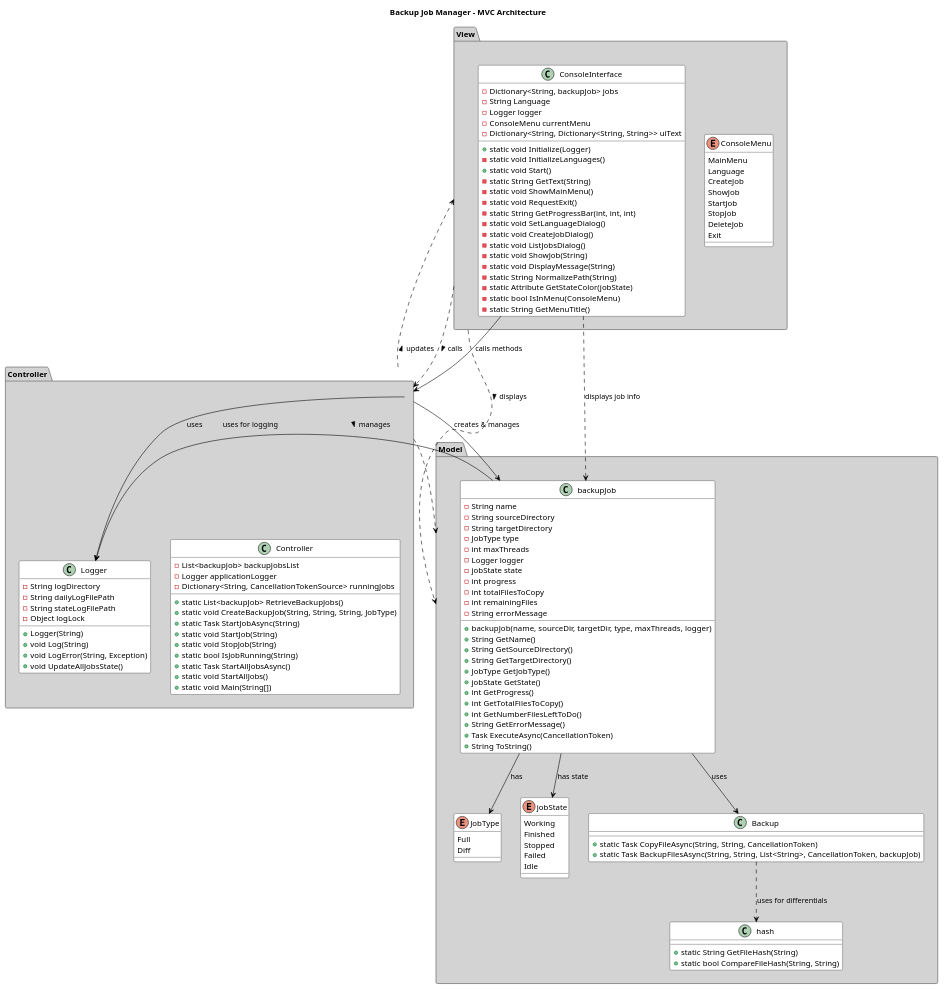
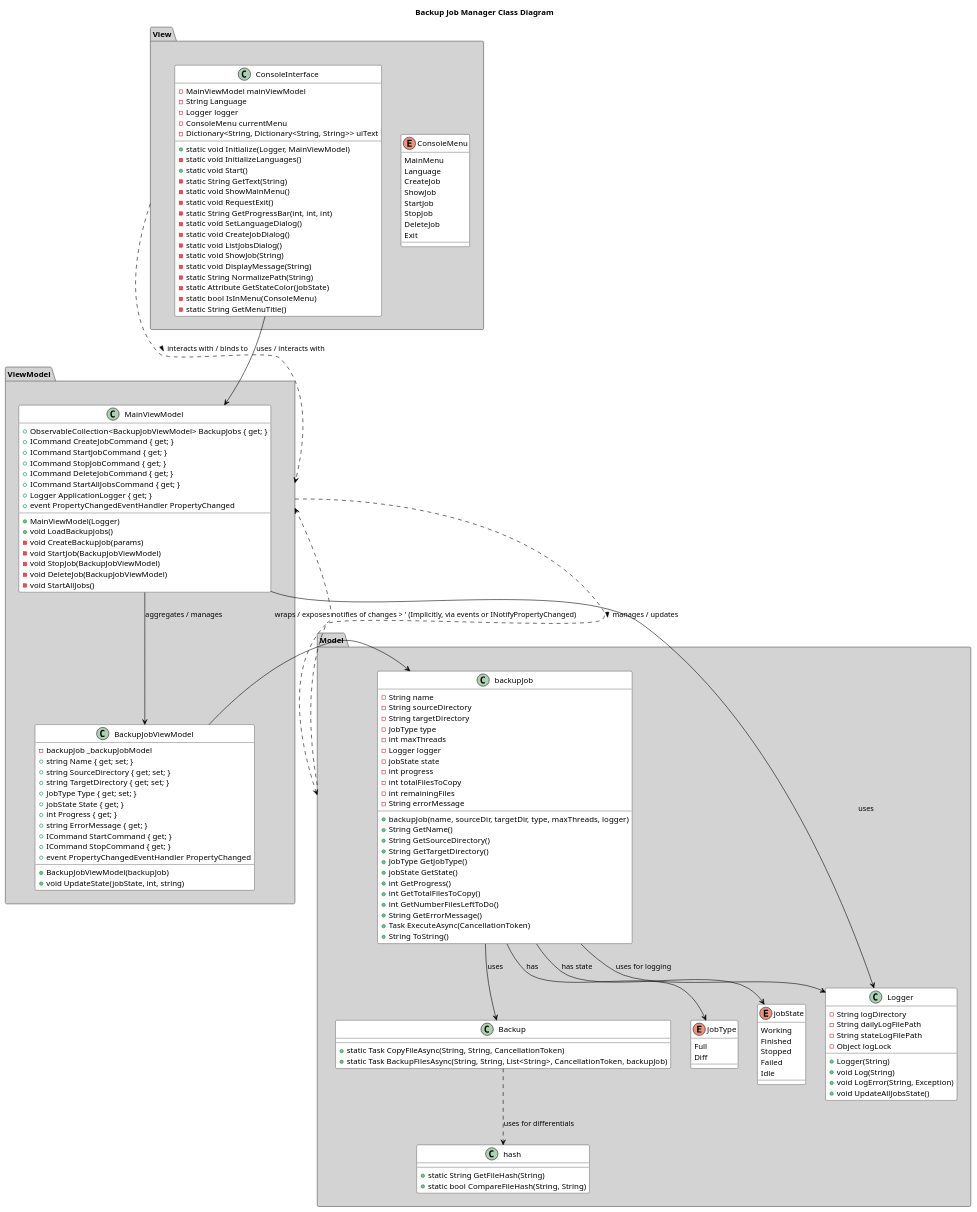
One commit to Nayxooo/better_saving changed the diagram in UMLs/ClassDiagram.puml. Above: the diagram before and after it, drawn with PlantUML. The commit also changed 8 other files, not shown here.

Commit message:
feat : changed to MVVM architecture

```diff
--- a/UMLs/ClassDiagram.puml
+++ b/UMLs/ClassDiagram.puml
@@ -1,152 +1,170 @@
-@startuml
+@startuml Backup Job Manager Class Diagram
 
 ' Define styles
 skinparam class {
   BackgroundColor White
   ArrowColor Black
   BorderColor Black
 }
 
 skinparam package {
   BackgroundColor LightGray
   BorderColor Gray
 }
 
-title "Backup Job Manager - MVC Architecture"
+title "Backup Job Manager Class Diagram"
 
-' MVC Packages
+' MVVM Packages
 package "Model" {
   enum JobType {
     Full
     Diff
   }
   
   enum jobState {
     Working
     Finished
     Stopped
     Failed
     Idle
   }
   
   class backupJob {
     - String name
     - String sourceDirectory
     - String targetDirectory
     - JobType type
     - int maxThreads
     - Logger logger
     - jobState state
     - int progress
     - int totalFilesToCopy
     - int remainingFiles
     - String errorMessage
     + backupJob(name, sourceDir, targetDir, type, maxThreads, logger)
     + String GetName()
     + String GetSourceDirectory()
     + String GetTargetDirectory()
     + JobType GetJobType()
     + jobState GetState()
     + int GetProgress()
     + int GetTotalFilesToCopy()
     + int GetNumberFilesLeftToDo()
     + String GetErrorMessage()
     + Task ExecuteAsync(CancellationToken)
     + String ToString()
   }
   
   class Backup {
     + static Task CopyFileAsync(String, String, CancellationToken)
     + static Task BackupFilesAsync(String, String, List<String>, CancellationToken, backupJob)
   }
   
   class hash {
     + static String GetFileHash(String)
     + static bool CompareFileHash(String, String)
   }
+  
+  class Logger {
+    - String logDirectory
+    - String dailyLogFilePath
+    - String stateLogFilePath
+    - Object logLock
+    + Logger(String)
+    + void Log(String)
+    + void LogError(String, Exception)
+    + void UpdateAllJobsState()
+  }
 }
 
 package "View" {
   enum ConsoleMenu {
     MainMenu
     Language
     CreateJob
     ShowJob
     StartJob
     StopJob
     DeleteJob
     Exit
   }
   
   class ConsoleInterface {
-    - Dictionary<String, backupJob> jobs
+    - MainViewModel mainViewModel
     - String Language
     - Logger logger
     - ConsoleMenu currentMenu
     - Dictionary<String, Dictionary<String, String>> uiText
-    + static void Initialize(Logger)
+    + static void Initialize(Logger, MainViewModel)
     - static void InitializeLanguages()
     + static void Start()
     - static String GetText(String)
     - static void ShowMainMenu()
     - static void RequestExit()
     - static String GetProgressBar(int, int, int)
     - static void SetLanguageDialog()
     - static void CreateJobDialog()
     - static void ListJobsDialog()
     - static void ShowJob(String)
     - static void DisplayMessage(String)
     - static String NormalizePath(String)
     - static Attribute GetStateColor(jobState)
     - static bool IsInMenu(ConsoleMenu)
     - static String GetMenuTitle()
   }
 }
 
-package "Controller" {
-  class Controller {
-    - List<backupJob> backupJobsList
-    - Logger applicationLogger
-    - Dictionary<String, CancellationTokenSource> runningJobs
-    + static List<backupJob> RetrieveBackupJobs()
-    + static void CreateBackupJob(String, String, String, JobType)
-    + static Task StartJobAsync(String)
-    + static void StartJob(String)
-    + static void StopJob(String)
-    + static bool IsJobRunning(String)
-    + static Task StartAllJobsAsync()
-    + static void StartAllJobs()
-    + static void Main(String[])
+package "ViewModel" {
+  class MainViewModel {
+    + ObservableCollection<BackupJobViewModel> BackupJobs { get; }
+    + ICommand CreateJobCommand { get; }
+    + ICommand StartJobCommand { get; }
+    + ICommand StopJobCommand { get; }
+    + ICommand DeleteJobCommand { get; }
+    + ICommand StartAllJobsCommand { get; }
+    + Logger ApplicationLogger { get; }
+    + MainViewModel(Logger)
+    + void LoadBackupJobs()
+    - void CreateBackupJob(params)
+    - void StartJob(BackupJobViewModel)
+    - void StopJob(BackupJobViewModel)
+    - void DeleteJob(BackupJobViewModel)
+    - void StartAllJobs()
+    + event PropertyChangedEventHandler PropertyChanged
   }
-  
-  class Logger {
-    - String logDirectory
-    - String dailyLogFilePath
-    - String stateLogFilePath
-    - Object logLock
-    + Logger(String)
-    + void Log(String)
-    + void LogError(String, Exception)
-    + void UpdateAllJobsState()
+
+  class BackupJobViewModel {
+    - backupJob _backupJobModel
+    + string Name { get; set; }
+    + string SourceDirectory { get; set; }
+    + string TargetDirectory { get; set; }
+    + JobType Type { get; set; }
+    + jobState State { get; }
+    + int Progress { get; }
+    + string ErrorMessage { get; }
+    + ICommand StartCommand { get; }
+    + ICommand StopCommand { get; }
+    + BackupJobViewModel(backupJob)
+    + void UpdateState(jobState, int, string)
+    + event PropertyChangedEventHandler PropertyChanged
   }
 }
 
 ' Relationships
-' MVC Pattern Relationships
-Controller ..> Model : manages >
-Controller ..> View : updates >
-View ..> Controller : calls >
-View ..> Model : displays >
+' MVVM Pattern Relationships
+View ..> ViewModel : interacts with / binds to >
+ViewModel ..> Model : manages / updates >
+Model ..> ViewModel : notifies of changes > ' (Implicitly, via events or INotifyPropertyChanged)
 
 ' Specific Relationships
-Controller --> backupJob : creates & manages
-Controller --> Logger : uses
-ConsoleInterface --> Controller : calls methods
-ConsoleInterface ..> backupJob : displays job info
+MainViewModel --> BackupJobViewModel : aggregates / manages
+MainViewModel --> Logger : uses
+ConsoleInterface --> MainViewModel : uses / interacts with
+BackupJobViewModel --> backupJob : wraps / exposes
 backupJob --> JobType : has
 backupJob --> jobState : has state
 backupJob --> Backup : uses
 backupJob --> Logger : uses for logging
 Backup ..> hash : uses for differentials
 
 @enduml
```
